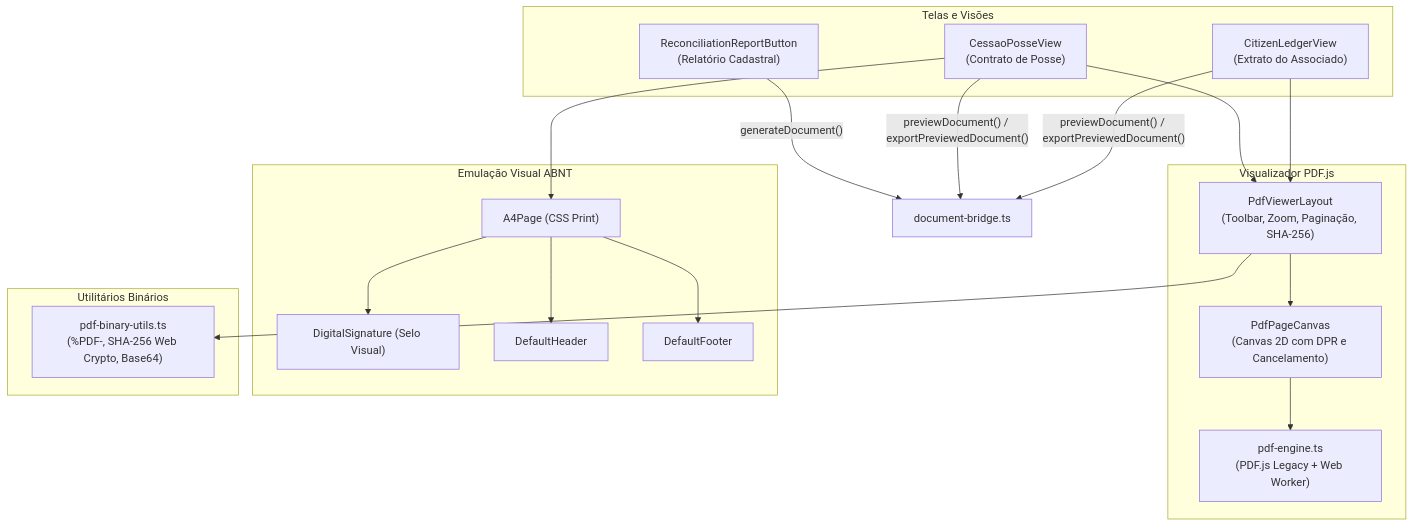
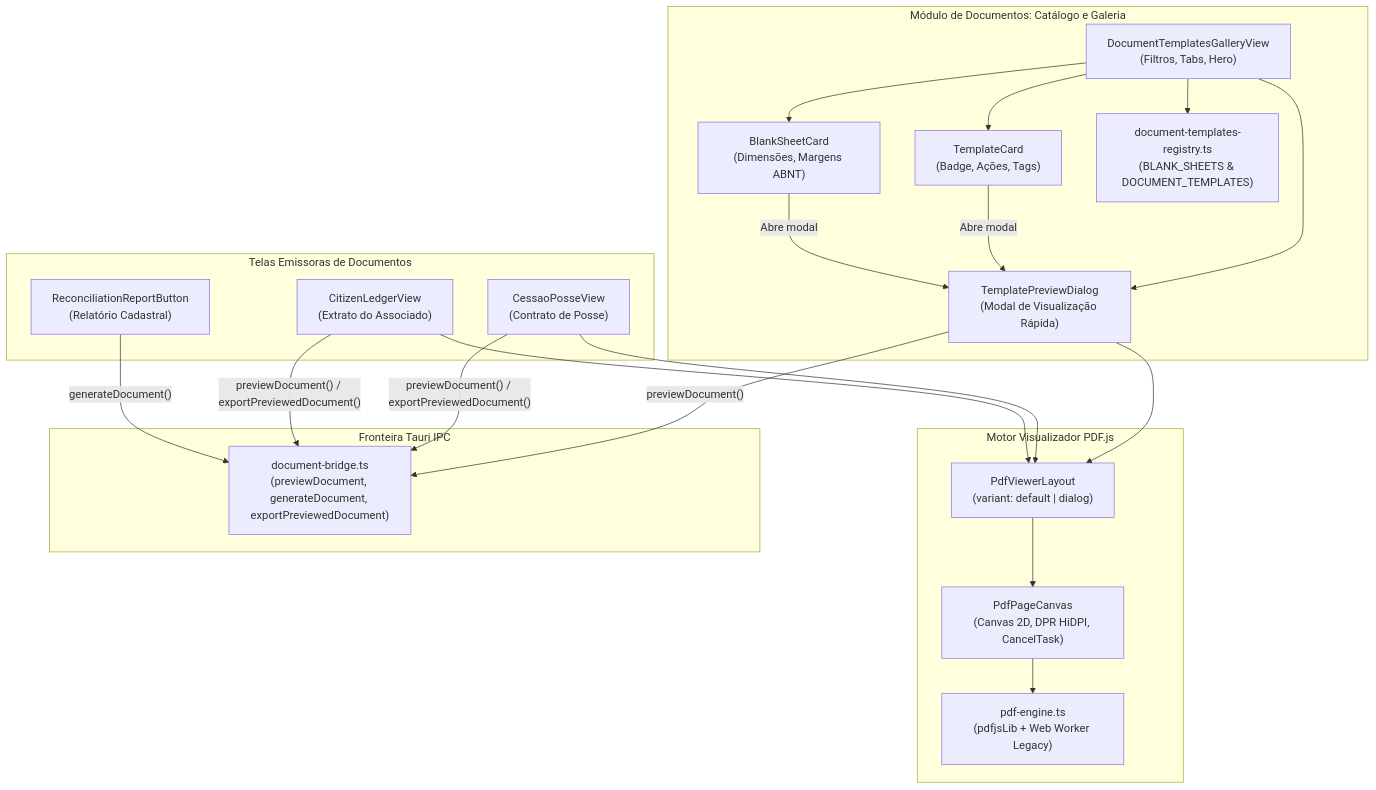
One commit to ASPPIBRA-DAO/DevOS-Desktop changed the first of 4 diagrams in docs/audits/PDF_DOCUMENTS_MODULE_AUDIT.md. Above: the diagram before and after it, drawn with Mermaid. The commit also changed other lines of this file and 1 other file, not shown here.

Commit message:
docs(audit): update PDF documents module audit and add real file tree mirror

````diff
--- a/docs/audits/PDF_DOCUMENTS_MODULE_AUDIT.md
+++ b/docs/audits/PDF_DOCUMENTS_MODULE_AUDIT.md
@@ -179,38 +210,42 @@
 ```mermaid
 graph TD
-    subgraph Presentation_Views [Telas e Visões]
+    subgraph Catalog_Module [Módulo de Documentos: Catálogo e Galeria]
+        DTGV["DocumentTemplatesGalleryView<br/>(Filtros, Tabs, Hero)"]
+        TC["TemplateCard<br/>(Badge, Ações, Tags)"]
+        BSC["BlankSheetCard<br/>(Dimensões, Margens ABNT)"]
+        TPD["TemplatePreviewDialog<br/>(Modal de Visualização Rápida)"]
+        REG["document-templates-registry.ts<br/>(BLANK_SHEETS & DOCUMENT_TEMPLATES)"]
+    end
+
+    subgraph Feature_Views [Telas Emissoras de Documentos]
         CPV["CessaoPosseView<br/>(Contrato de Posse)"]
         CLV["CitizenLedgerView<br/>(Extrato do Associado)"]
         RRB["ReconciliationReportButton<br/>(Relatório Cadastral)"]
     end
 
-    subgraph PDF_Viewer_Subsystem [Visualizador PDF.js]
-        PVL["PdfViewerLayout<br/>(Toolbar, Zoom, Paginação, SHA-256)"]
-        PPC["PdfPageCanvas<br/>(Canvas 2D com DPR e Cancelamento)"]
-        PE["pdf-engine.ts<br/>(PDF.js Legacy + Web Worker)"]
+    subgraph PDF_Viewer_Core [Motor Visualizador PDF.js]
+        PVL["PdfViewerLayout<br/>(variant: default | dialog)"]
+        PPC["PdfPageCanvas<br/>(Canvas 2D, DPR HiDPI, CancelTask)"]
+        PE["pdf-engine.ts<br/>(pdfjsLib + Web Worker Legacy)"]
     end
 
-    subgraph ABNT_Emulation [Emulação Visual ABNT]
-        A4P["A4Page (CSS Print)"]
-        DS["DigitalSignature (Selo Visual)"]
-        DH["DefaultHeader"]
-        DF["DefaultFooter"]
+    subgraph IPC_Bridge [Fronteira Tauri IPC]
+        BR["document-bridge.ts<br/>(previewDocument, generateDocument, exportPreviewedDocument)"]
     end
 
-    subgraph Client_Utils [Utilitários Binários]
-        PBU["pdf-binary-utils.ts<br/>(%PDF-, SHA-256 Web Crypto, Base64)"]
-    end
-
+    DTGV --> TC
+    DTGV --> BSC
+    DTGV --> TPD
+    DTGV --> REG
+    TC -->|"Abre modal"| TPD
+    BSC -->|"Abre modal"| TPD
+    TPD --> PVL
     CPV --> PVL
     CLV --> PVL
     PVL --> PPC
     PPC --> PE
-    PVL --> PBU
-    CPV --> A4P
-    A4P --> DH
-    A4P --> DF
-    A4P --> DS
-    RRB -->|"generateDocument()"| Bridge["document-bridge.ts"]
-    CPV -->|"previewDocument() / exportPreviewedDocument()"| Bridge
-    CLV -->|"previewDocument() / exportPreviewedDocument()"| Bridge
+    TPD -->|"previewDocument()"| BR
+    CPV -->|"previewDocument() / exportPreviewedDocument()"| BR
+    CLV -->|"previewDocument() / exportPreviewedDocument()"| BR
+    RRB -->|"generateDocument()"| BR
 ```
````
